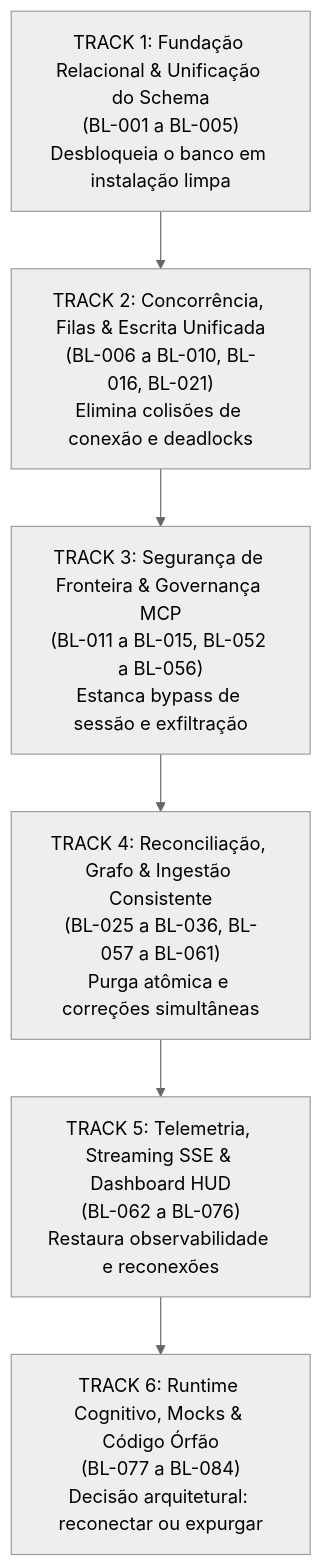
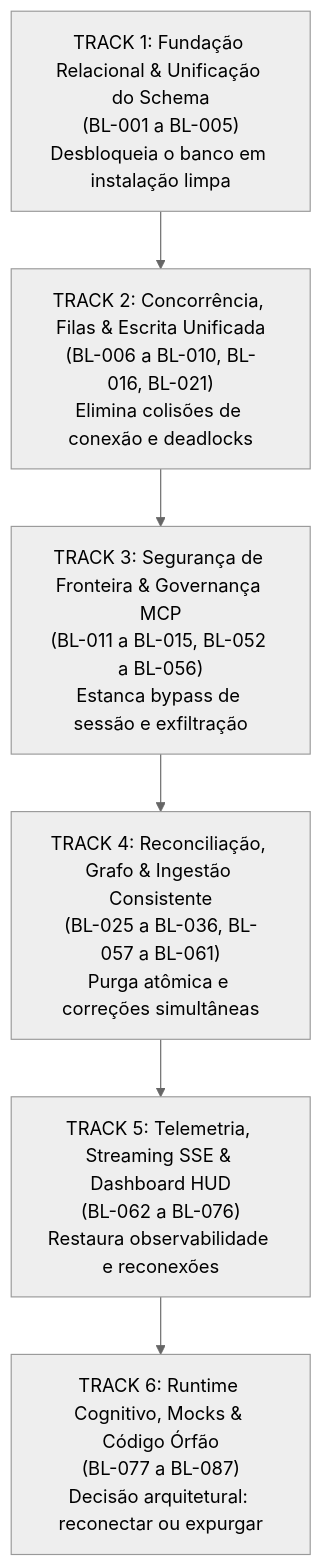
One commit to LuisinTheLegend/ConciergeGraph changed the first of 2 diagrams in audits/backlog-final.md. Above: the diagram before and after it, drawn with Mermaid (neutral theme). The commit also changed other lines of this file and 1 other file, not shown here.

````diff
--- a/audits/backlog-final.md
+++ b/audits/backlog-final.md
@@ -93,8 +93,8 @@
 ```mermaid
 flowchart TD
     T1["TRACK 1: Fundação Relacional & Unificação do Schema<br/>(BL-001 a BL-005)<br/>Desbloqueia o banco em instalação limpa"] --> T2["TRACK 2: Concorrência, Filas & Escrita Unificada<br/>(BL-006 a BL-010, BL-016, BL-021)<br/>Elimina colisões de conexão e deadlocks"]
     T2 --> T3["TRACK 3: Segurança de Fronteira & Governança MCP<br/>(BL-011 a BL-015, BL-052 a BL-056)<br/>Estanca bypass de sessão e exfiltração"]
     T3 --> T4["TRACK 4: Reconciliação, Grafo & Ingestão Consistente<br/>(BL-025 a BL-036, BL-057 a BL-061)<br/>Purga atômica e correções simultâneas"]
     T4 --> T5["TRACK 5: Telemetria, Streaming SSE & Dashboard HUD<br/>(BL-062 a BL-076)<br/>Restaura observabilidade e reconexões"]
-    T5 --> T6["TRACK 6: Runtime Cognitivo, Mocks & Código Órfão<br/>(BL-077 a BL-084)<br/>Decisão arquitetural: reconectar ou expurgar"]
+    T5 --> T6["TRACK 6: Runtime Cognitivo, Mocks & Código Órfão<br/>(BL-077 a BL-087)<br/>Decisão arquitetural: reconectar ou expurgar"]
 ```
````
